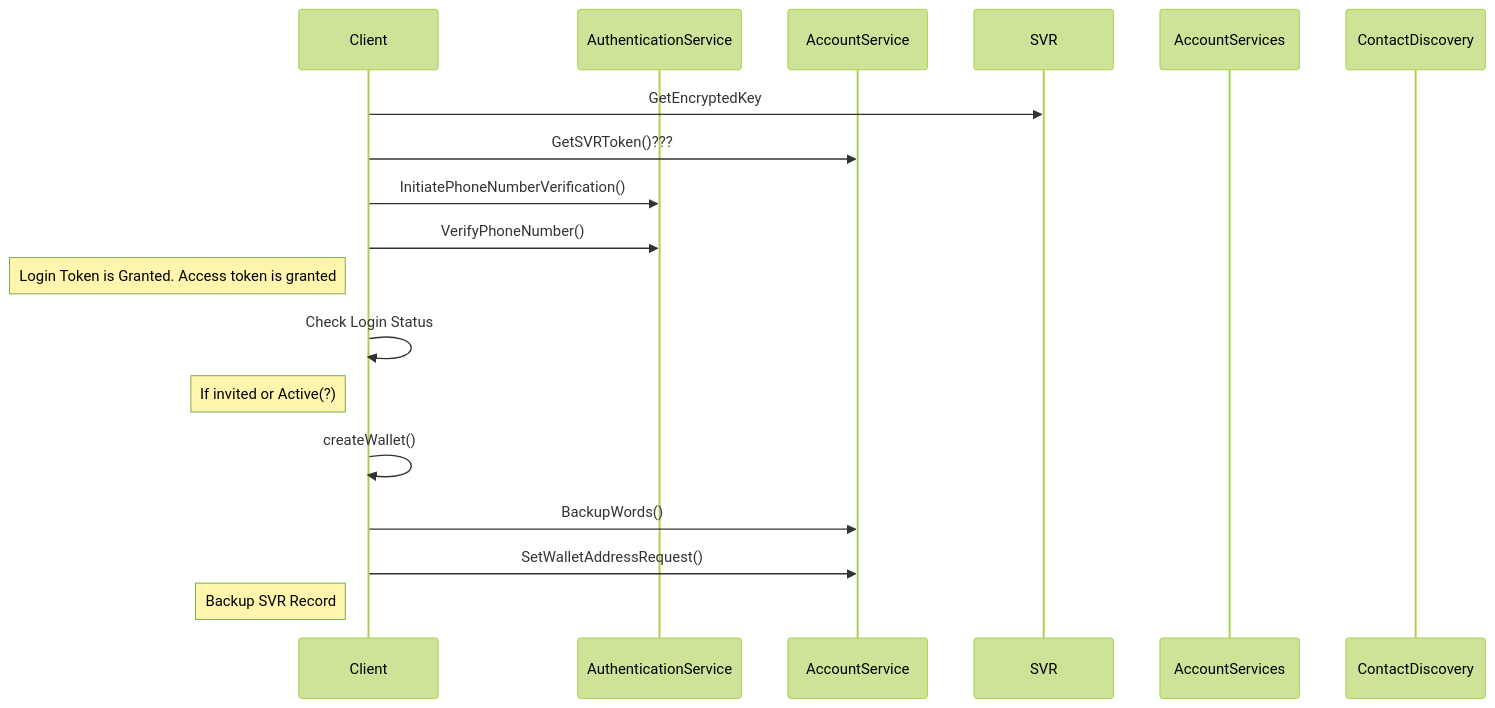
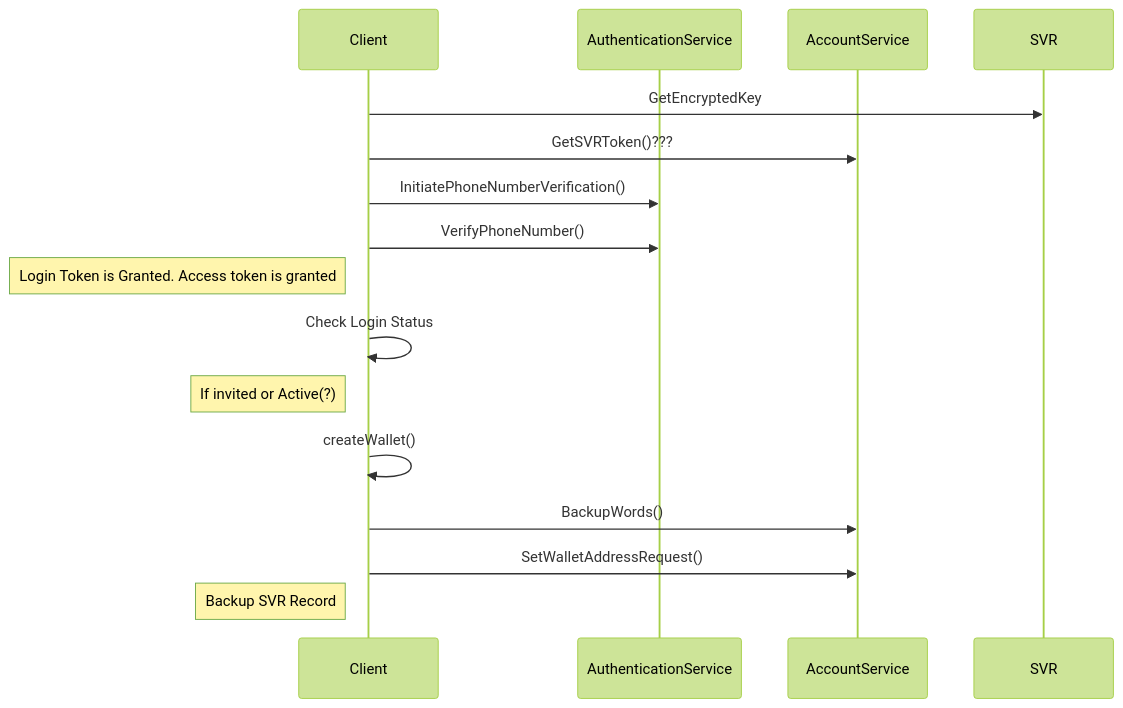
Before and after one commit to trunkafunk/trunkafunk: the first of 2 diagrams in testfile.MD, drawn with Mermaid (forest theme). The commit also changed other lines of this file, not shown here.

````diff
--- a/testfile.MD
+++ b/testfile.MD
@@ -4,26 +4,23 @@
 ```mermaid
 sequenceDiagram
     participant Client
     participant AuthenticationService
     participant AccountService
     participant SVR
     Client->>SVR: GetEncryptedKey
     Client->>AccountService: GetSVRToken()???
     Client->>AuthenticationService: InitiatePhoneNumberVerification() 
     Client->>AuthenticationService: VerifyPhoneNumber()
     
     Note left of Client: Login Token is Granted. Access token is granted
     Client->>Client: Check Login Status
     Note left of Client: If invited or Active(?)
     Client->>Client: createWallet()
     Client->>AccountService: BackupWords()
 
     Client->>AccountService:SetWalletAddressRequest()
     Note left of Client: Backup SVR Record    
     
-    participant AccountServices
-    participant ContactDiscovery
-    
 
 
 ```
````
